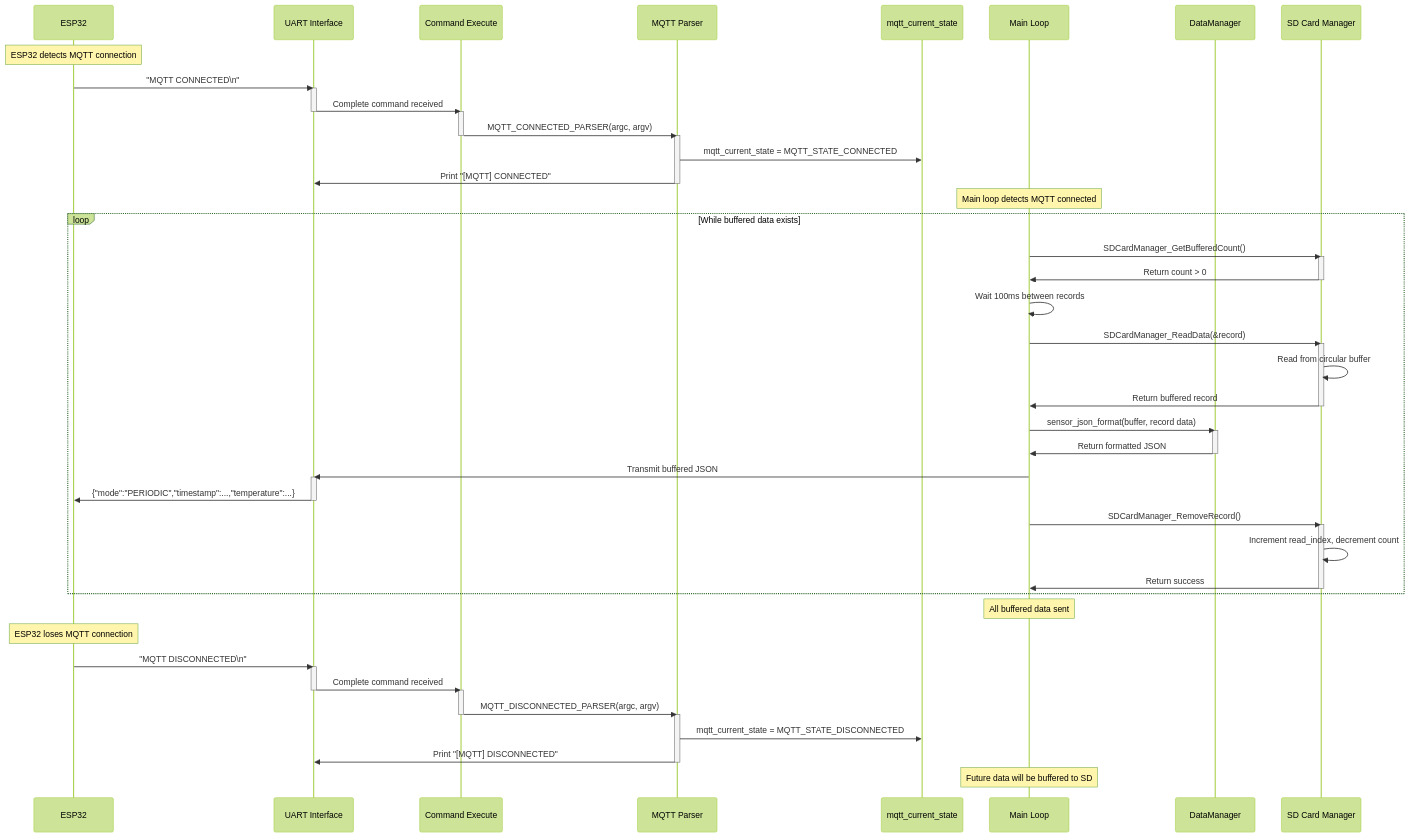
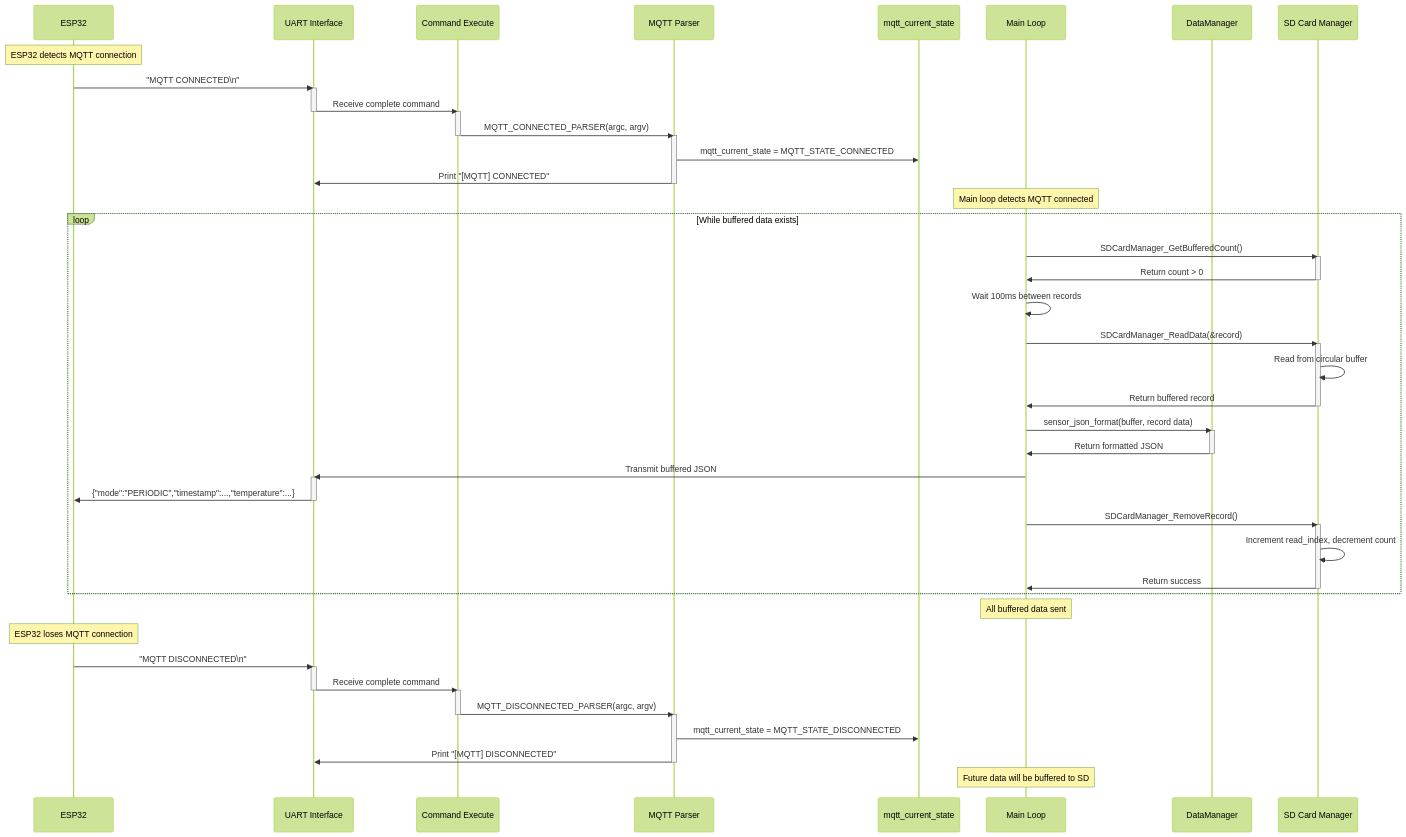
One commit to meeTeam05/datalogger changed the seventh of 8 diagrams in documents/stm32/SEQUENCE_DIAGRAM_STM32.md. Above: the diagram before and after it, drawn with Mermaid (forest theme). The commit also changed other lines of this file, not shown here.

Commit message:
fix(docs): update sequence diagram content and formatting for clarity in SEQUENCE_DIAGRAM_STM32.md

````diff
--- a/documents/stm32/SEQUENCE_DIAGRAM_STM32.md
+++ b/documents/stm32/SEQUENCE_DIAGRAM_STM32.md
@@ -521,80 +521,80 @@
 ```mermaid
 sequenceDiagram
     participant ESP32
     participant UART as UART Interface
     participant CmdExec as Command Execute
     participant Parser as MQTT Parser
     participant MQTTState as mqtt_current_state
     participant MainLoop as Main Loop
     participant DM as DataManager
     participant SD as SD Card Manager
-    
+
     Note over ESP32: ESP32 detects MQTT connection
-    
+
     ESP32->>UART: "MQTT CONNECTED\n"
     activate UART
-    UART->>CmdExec: Complete command received
+    UART->>CmdExec: Receive complete command
     deactivate UART
-    
+
     activate CmdExec
     CmdExec->>Parser: MQTT_CONNECTED_PARSER(argc, argv)
     deactivate CmdExec
-    
+
     activate Parser
     Parser->>MQTTState: mqtt_current_state = MQTT_STATE_CONNECTED
     Parser->>UART: Print "[MQTT] CONNECTED"
     deactivate Parser
-    
+
     Note over MainLoop: Main loop detects MQTT connected
-    
+
     loop While buffered data exists
         MainLoop->>SD: SDCardManager_GetBufferedCount()
         activate SD
         SD->>MainLoop: Return count > 0
         deactivate SD
-        
+
         MainLoop->>MainLoop: Wait 100ms between records
-        
+
         MainLoop->>SD: SDCardManager_ReadData(&record)
         activate SD
         SD->>SD: Read from circular buffer
         SD->>MainLoop: Return buffered record
         deactivate SD
-        
+
         MainLoop->>DM: sensor_json_format(buffer, record data)
         activate DM
         DM->>MainLoop: Return formatted JSON
         deactivate DM
-        
+
         MainLoop->>UART: Transmit buffered JSON
         activate UART
         UART->>ESP32: {"mode":"PERIODIC","timestamp":...,"temperature":...}
         deactivate UART
-        
+
         MainLoop->>SD: SDCardManager_RemoveRecord()
         activate SD
         SD->>SD: Increment read_index, decrement count
         SD->>MainLoop: Return success
         deactivate SD
     end
-    
+
     Note over MainLoop: All buffered data sent
-    
+
     Note over ESP32: ESP32 loses MQTT connection
-    
+
     ESP32->>UART: "MQTT DISCONNECTED\n"
     activate UART
-    UART->>CmdExec: Complete command received
+    UART->>CmdExec: Receive complete command
     deactivate UART
-    
+
     activate CmdExec
     CmdExec->>Parser: MQTT_DISCONNECTED_PARSER(argc, argv)
     deactivate CmdExec
-    
+
     activate Parser
     Parser->>MQTTState: mqtt_current_state = MQTT_STATE_DISCONNECTED
     Parser->>UART: Print "[MQTT] DISCONNECTED"
     deactivate Parser
-    
+
     Note over MainLoop: Future data will be buffered to SD
 ```
````
